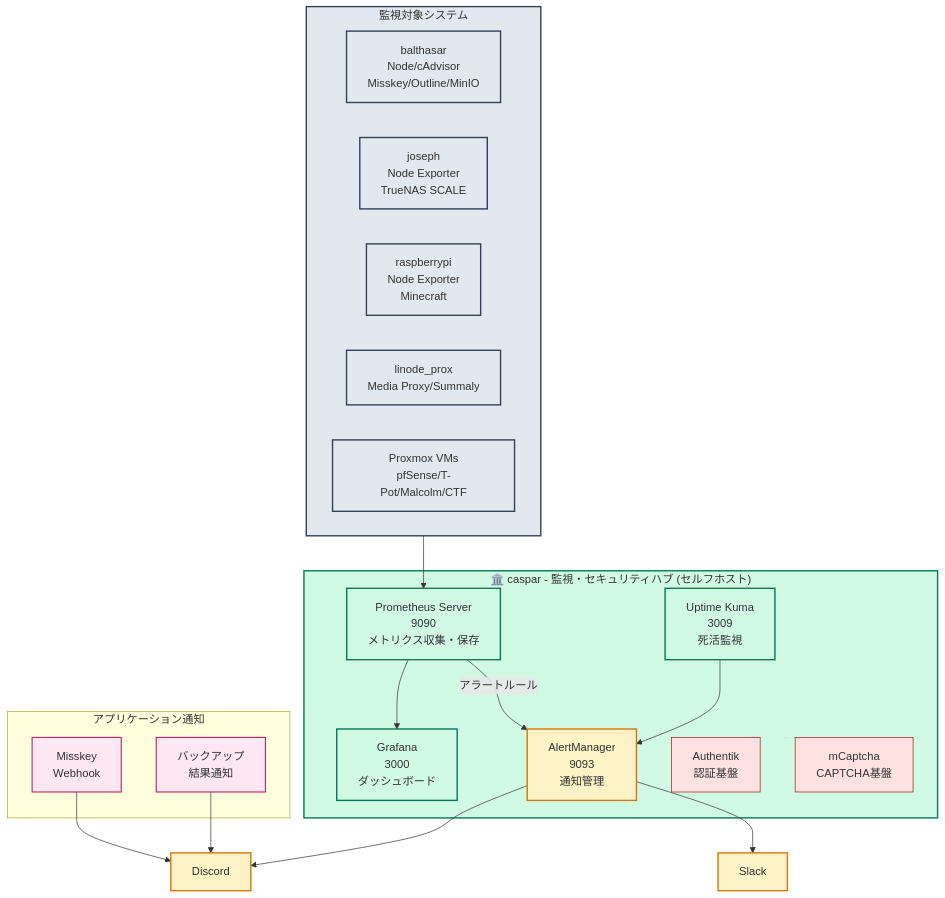
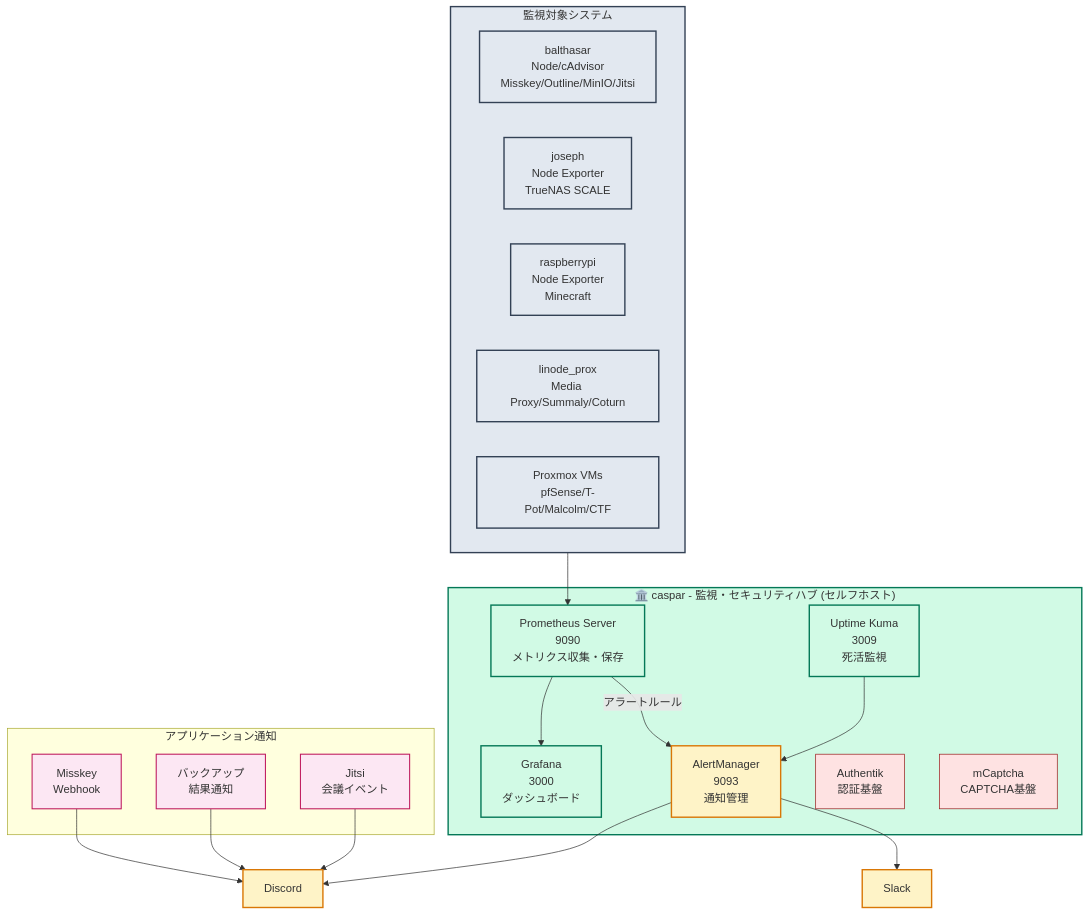
One commit to yamisskey-dev/yamisskey-host changed the fourth of 10 diagrams in README.md. Above: the diagram before and after it, drawn with Mermaid. The commit also changed other lines of this file, not shown here.

````diff
--- a/README.md
+++ b/README.md
@@ -286,57 +303,59 @@
 ```mermaid
 graph TB
     %% Style definitions
     classDef monitoring fill:#d1fae5,stroke:#047857,stroke-width:2px
     classDef homeServer fill:#e2e8f0,stroke:#334155,stroke-width:2px
     classDef alert fill:#fef3c7,stroke:#d97706,stroke-width:2px
     classDef app fill:#fce7f3,stroke:#be185d,stroke-width:1.5px
     classDef security fill:#fee2e2,stroke:#991b1b,stroke-width:1px
     
     %% Monitoring Hub (caspar) - セルフホスト化
     subgraph caspar["🏛️ caspar - 監視・セキュリティハブ (セルフホスト)"]
         prometheus["Prometheus Server<br/>9090<br/>メトリクス収集・保存"]:::monitoring
         grafana["Grafana<br/>3000<br/>ダッシュボード"]:::monitoring
         uptime["Uptime Kuma<br/>3009<br/>死活監視"]:::monitoring
         alertmgr["AlertManager<br/>9093<br/>通知管理"]:::alert
         authentik_mon["Authentik<br/>認証基盤"]:::security
         mcaptcha_mon["mCaptcha<br/>CAPTCHA基盤"]:::security
     end
     
     %% All Monitored Systems (consolidated)
     subgraph systems["監視対象システム"]
-        balthasar_node["balthasar<br/>Node/cAdvisor<br/>Misskey/Outline/MinIO"]:::homeServer
+        balthasar_node["balthasar<br/>Node/cAdvisor<br/>Misskey/Outline/MinIO/Jitsi"]:::homeServer
         joseph_node["joseph<br/>Node Exporter<br/>TrueNAS SCALE"]:::homeServer
         raspberry_node["raspberrypi<br/>Node Exporter<br/>Minecraft"]:::homeServer
-        linode_node["linode_prox<br/>Media Proxy/Summaly"]:::homeServer
+        linode_node["linode_prox<br/>Media Proxy/Summaly/Coturn"]:::homeServer
         proxmox_node["Proxmox VMs<br/>pfSense/T-Pot/Malcolm/CTF"]:::homeServer
     end
     
     %% Application Notifications
     subgraph app_notify["アプリケーション通知"]
         misskey_webhook["Misskey<br/>Webhook"]:::app
         backup_notify["バックアップ<br/>結果通知"]:::app
+        jitsi_webhook["Jitsi<br/>会議イベント"]:::app
     end
     
     %% External Notifications
     discord["Discord"]:::alert
     slack["Slack"]:::alert
     
     %% Monitoring Flow (Full Prometheus)
     systems --> prometheus
     prometheus --> grafana
     
     %% Alert Flow
     uptime --> alertmgr
     prometheus -->|アラートルール| alertmgr
     
     alertmgr --> discord
     alertmgr --> slack
     
     %% Direct App Notifications
     misskey_webhook --> discord
     backup_notify --> discord
+    jitsi_webhook --> discord
     
     %% Apply styles
     class caspar monitoring
     class systems homeServer
 ```
````
